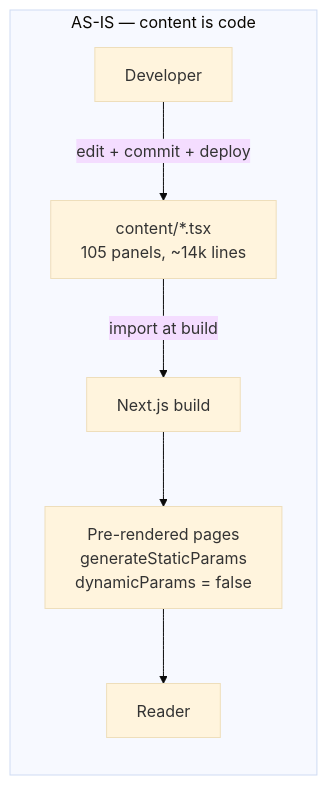
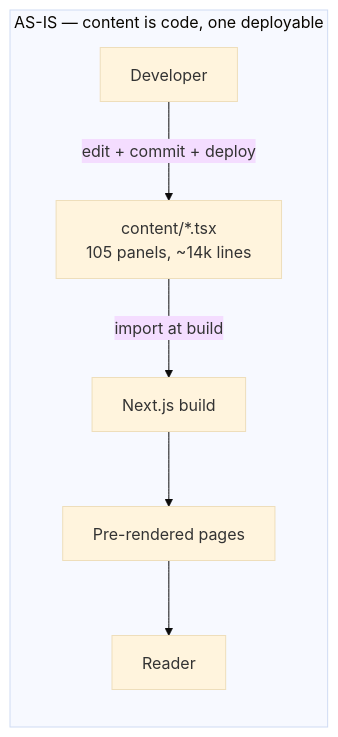
The first of 6 diagrams in docs/design/architecture-overview.md (Oudompanha123/coc-docs-platform-renewal), drawn with Mermaid (base theme) before and after one commit. The commit also changed other lines of this file and 14 other files, not shown here.

````diff
--- a/docs/design/architecture-overview.md
+++ b/docs/design/architecture-overview.md
@@ -12,9 +15,9 @@
 ```mermaid
 graph LR
-  subgraph AS-IS["AS-IS — content is code"]
+  subgraph AS-IS["AS-IS — content is code, one deployable"]
     A1[content/*.tsx<br/>105 panels, ~14k lines] -->|import at build| A2[Next.js build]
-    A2 --> A3[Pre-rendered pages<br/>generateStaticParams<br/>dynamicParams = false]
+    A2 --> A3[Pre-rendered pages]
     A3 --> A4[Reader]
     A5[Developer] -->|edit + commit + deploy| A1
   end
 ```
````
